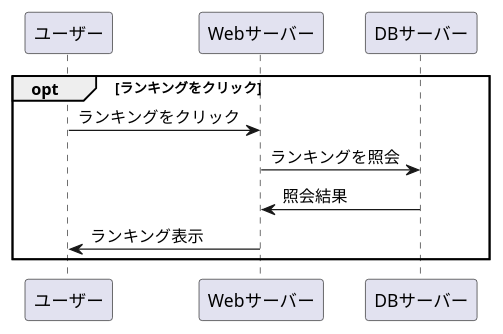
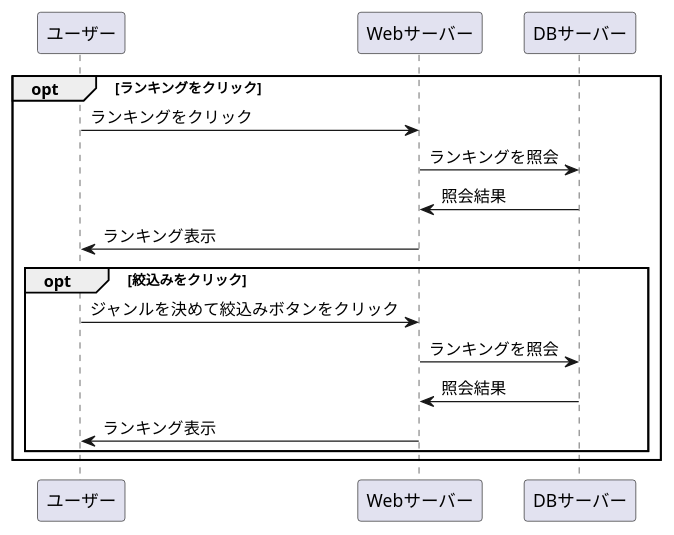
The diagram in stationary/業務フロー/ランキング.md (Aso2001154/2021sys-design), drawn with PlantUML before and after one commit.

````diff
--- a/stationary/業務フロー/ランキング.md
+++ b/stationary/業務フロー/ランキング.md
@@ -1,12 +1,18 @@
 ```uml
 @startuml
 
 opt ランキングをクリック
 ユーザー -> Webサーバー : ランキングをクリック
 Webサーバー -> DBサーバー : ランキングを照会
 DBサーバー -> Webサーバー : 照会結果
 Webサーバー -> ユーザー : ランキング表示
+opt 絞込みをクリック
+ユーザー -> Webサーバー : ジャンルを決めて絞込みボタンをクリック
+Webサーバー -> DBサーバー : ランキングを照会
+DBサーバー -> Webサーバー : 照会結果
+Webサーバー -> ユーザー : ランキング表示
+end
 end
 
 @enduml
 ```
````
